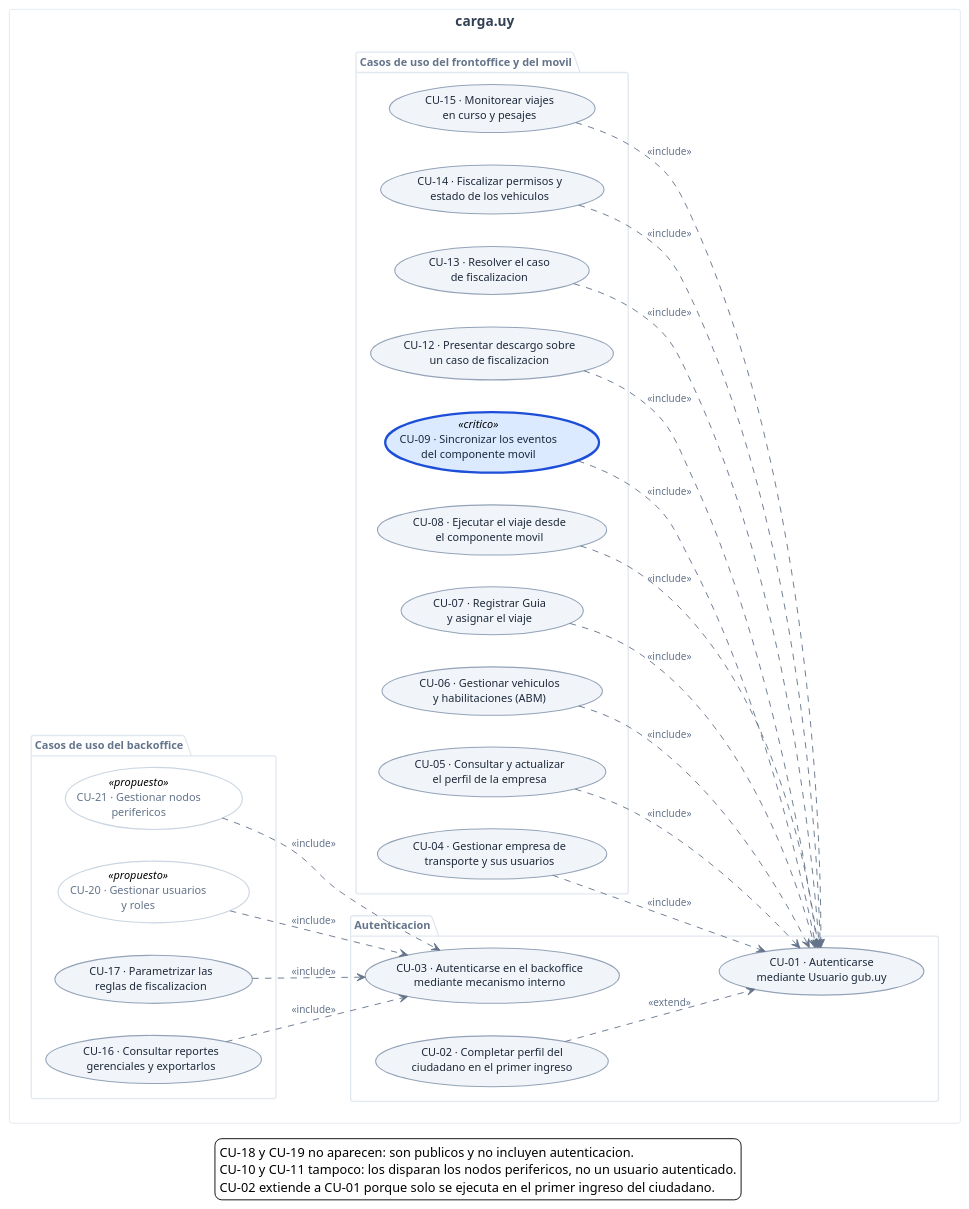
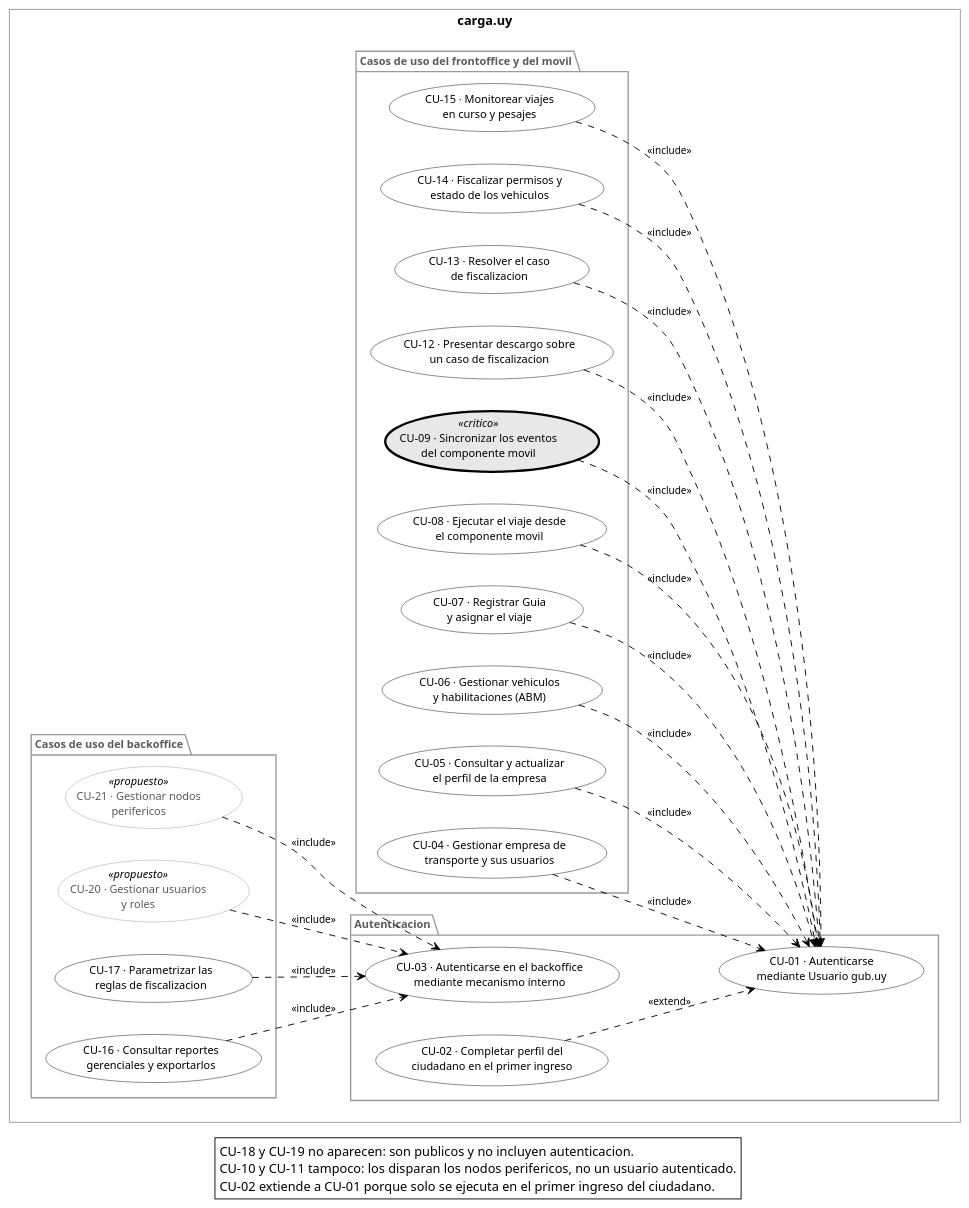
One commit to LucasLazogue/use-cases changed the diagram in relaciones-include-extend.puml. Above: the diagram before and after it, drawn with PlantUML. The commit also changed 8 other files, not shown here.

First line of the commit message:
Agrega la vista logica y alinea las figuras con el estilo de la plantilla

```diff
--- a/relaciones-include-extend.puml
+++ b/relaciones-include-extend.puml
@@ -1,104 +1,104 @@
 @startuml relaciones-include-extend
 ' ---------------------------------------------------------------------------
 ' carga.uy - Relaciones <<include>> y <<extend>> entre casos de uso
 ' Complementa la Vista de Casos de Uso (vista-casos-de-uso.puml).
 '
 ' Direccion de las relaciones (UML 2):
 '   <<include>>  va del caso base AL caso incluido: el base siempre lo ejecuta.
 '   <<extend>>   va del caso extensor AL caso extendido: se ejecuta solo bajo
 '                cierta condicion.
 ' En UML 1.x la relacion <<include>> se llamaba <<uses>>.
 ' ---------------------------------------------------------------------------
 
 left to right direction
 
+' Mismo estilo que las figuras de la plantilla: blanco y negro.
 skinparam backgroundColor #FFFFFF
 skinparam shadowing false
 skinparam defaultFontName "Segoe UI"
 skinparam defaultFontSize 12
-skinparam ArrowColor #64748B
-skinparam ArrowFontColor #64748B
+skinparam roundcorner 0
+skinparam ArrowColor #000000
+skinparam ArrowFontColor #000000
 skinparam ArrowFontSize 11
 
 skinparam usecase {
-  BackgroundColor #F1F5F9
-  BorderColor #94A3B8
-  FontColor #1E293B
-  BorderThickness 1.2
-  BackgroundColor<<critico>> #DBEAFE
-  BorderColor<<critico>> #1D4ED8
+  BackgroundColor #FFFFFF
+  BorderColor #000000
+  FontColor #000000
+  BackgroundColor<<critico>> #E8E8E8
+  BorderColor<<critico>> #000000
   BorderThickness<<critico>> 2.5
   BackgroundColor<<propuesto>> #FFFFFF
-  BorderColor<<propuesto>> #CBD5E1
-  FontColor<<propuesto>> #64748B
+  BorderColor<<propuesto>> #9A9A9A
+  FontColor<<propuesto>> #5A5A5A
 }
 skinparam rectangle {
-  BorderColor #94A3B8
+  BorderColor #000000
   BackgroundColor #FFFFFF
-  FontColor #334155
-  FontSize 15
-  FontStyle bold
+  FontColor #000000
+  FontSize 14
 }
 skinparam package {
-  BorderColor #E2E8F0
+  BorderColor #9A9A9A
   BackgroundColor #FFFFFF
-  FontColor #64748B
+  FontColor #5A5A5A
   FontSize 12
 }
 
 rectangle "carga.uy" {
 
   package "Casos de uso del frontoffice y del movil" {
     usecase "CU-04 · Gestionar empresa de\ntransporte y sus usuarios" as CU04
     usecase "CU-05 · Consultar y actualizar\nel perfil de la empresa" as CU05
     usecase "CU-06 · Gestionar vehiculos\ny habilitaciones (ABM)" as CU06
     usecase "CU-07 · Registrar Guia\ny asignar el viaje" as CU07
     usecase "CU-08 · Ejecutar el viaje desde\nel componente movil" as CU08
     usecase "CU-09 · Sincronizar los eventos\ndel componente movil" as CU09 <<critico>>
     usecase "CU-12 · Presentar descargo sobre\nun caso de fiscalizacion" as CU12
     usecase "CU-13 · Resolver el caso\nde fiscalizacion" as CU13
     usecase "CU-14 · Fiscalizar permisos y\nestado de los vehiculos" as CU14
     usecase "CU-15 · Monitorear viajes\nen curso y pesajes" as CU15
   }
 
   package "Casos de uso del backoffice" {
     usecase "CU-16 · Consultar reportes\ngerenciales y exportarlos" as CU16
     usecase "CU-17 · Parametrizar las\nreglas de fiscalizacion" as CU17
     usecase "CU-20 · Gestionar usuarios\ny roles" as CU20 <<propuesto>>
     usecase "CU-21 · Gestionar nodos\nperifericos" as CU21 <<propuesto>>
   }
 
   package "Autenticacion" {
     usecase "CU-01 · Autenticarse\nmediante Usuario gub.uy" as CU01
     usecase "CU-03 · Autenticarse en el backoffice\nmediante mecanismo interno" as CU03
     usecase "CU-02 · Completar perfil del\nciudadano en el primer ingreso" as CU02
   }
 }
 
 ' --------------------------- include ---------------------------
 CU04 ..> CU01 : <<include>>
 CU05 ..> CU01 : <<include>>
 CU06 ..> CU01 : <<include>>
 CU07 ..> CU01 : <<include>>
 CU08 ..> CU01 : <<include>>
 CU09 ..> CU01 : <<include>>
 CU12 ..> CU01 : <<include>>
 CU13 ..> CU01 : <<include>>
 CU14 ..> CU01 : <<include>>
 CU15 ..> CU01 : <<include>>
 
 CU16 ..> CU03 : <<include>>
 CU17 ..> CU03 : <<include>>
 CU20 ..> CU03 : <<include>>
 CU21 ..> CU03 : <<include>>
 
 ' --------------------------- extend ---------------------------
 CU02 ..> CU01 : <<extend>>
 
 legend bottom
   CU-18 y CU-19 no aparecen: son publicos y no incluyen autenticacion.
   CU-10 y CU-11 tampoco: los disparan los nodos perifericos, no un usuario autenticado.
   CU-02 extiende a CU-01 porque solo se ejecuta en el primer ingreso del ciudadano.
 endlegend
 
 @enduml
```
